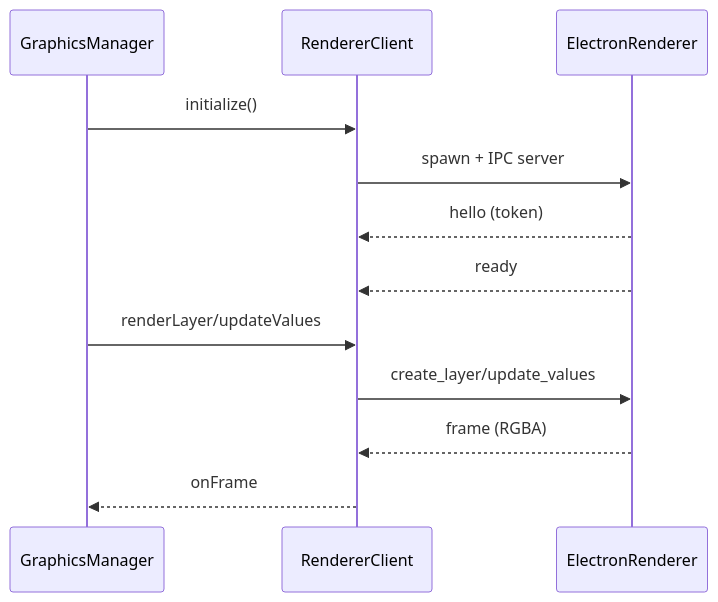
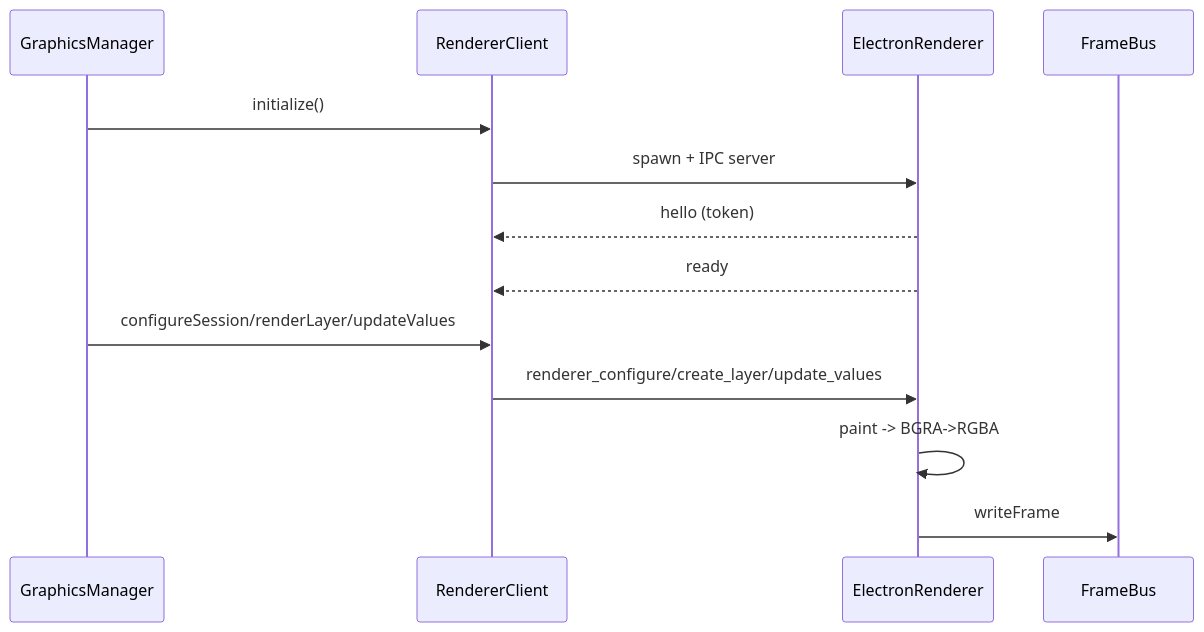
One commit to pivotrecruiting/broadify-bridge changed the diagram in docs/bridge/subsystems/renderer-ipc.md. Above: the diagram before and after it, drawn with Mermaid. The commit also changed other lines of this file and 16 other files, not shown here.

````diff
--- a/docs/bridge/subsystems/renderer-ipc.md
+++ b/docs/bridge/subsystems/renderer-ipc.md
@@ -37,16 +39,16 @@
 ```mermaid
 sequenceDiagram
   participant GM as GraphicsManager
   participant RC as RendererClient
   participant ER as ElectronRenderer
 
   GM->>RC: initialize()
   RC->>ER: spawn + IPC server
   ER-->>RC: hello (token)
   ER-->>RC: ready
 
-  GM->>RC: renderLayer/updateValues
-  RC->>ER: create_layer/update_values
-  ER-->>RC: frame (RGBA)
-  RC-->>GM: onFrame
+  GM->>RC: configureSession/renderLayer/updateValues
+  RC->>ER: renderer_configure/create_layer/update_values
+  ER->>ER: paint -> BGRA->RGBA
+  ER->>FrameBus: writeFrame
 ```
````
